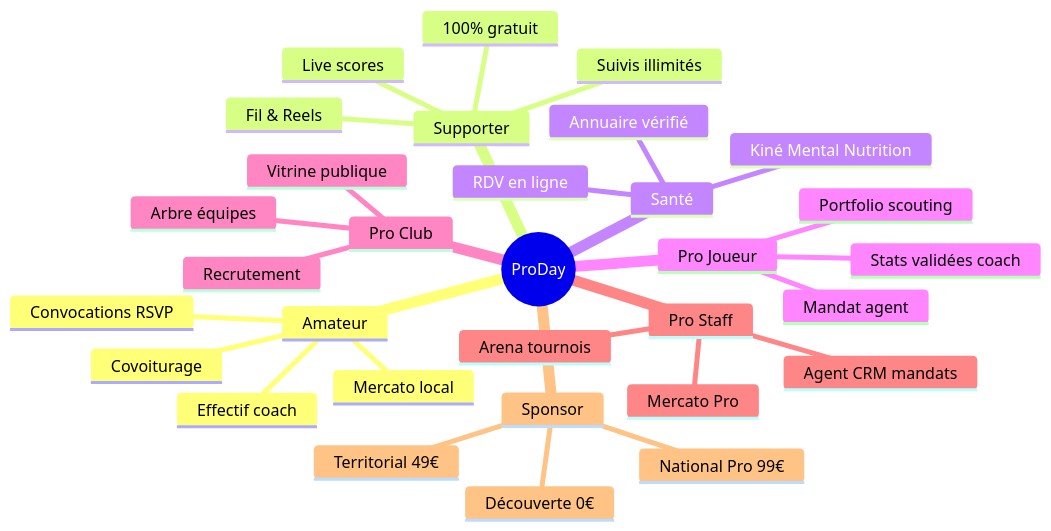
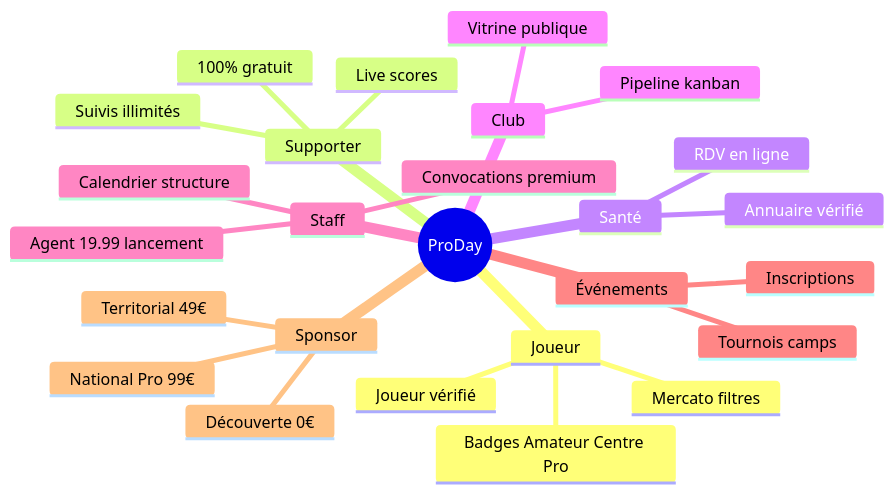
Before and after one commit to alfredgibeau-ahoussinou/PRODAY: the first of 5 diagrams in README.md, drawn with Mermaid. The commit also changed other lines of this file and 49 other files, not shown here.

````diff
--- a/README.md
+++ b/README.md
@@ -101,34 +101,29 @@
 ```mermaid
 mindmap
   root((ProDay))
-    Amateur
-      Mercato local
-      Convocations RSVP
-      Covoiturage
-      Effectif coach
+    Joueur
+      Badges Amateur Centre Pro
+      Mercato filtres
+      Joueur vérifié
     Supporter
       Live scores
       Suivis illimités
-      Fil & Reels
       100% gratuit
     Santé
       Annuaire vérifié
       RDV en ligne
-      Kiné Mental Nutrition
-    Pro Joueur
-      Portfolio scouting
-      Stats validées coach
-      Mandat agent
-    Pro Club
-      Arbre équipes
-      Recrutement
+    Club
+      Pipeline kanban
       Vitrine publique
-    Pro Staff
-      Mercato Pro
-      Agent CRM mandats
-      Arena tournois
+    Staff
+      Calendrier structure
+      Convocations premium
+      Agent 19.99 lancement
+    Événements
+      Tournois camps
+      Inscriptions
     Sponsor
       Découverte 0€
       Territorial 49€
       National Pro 99€
 ```
````
